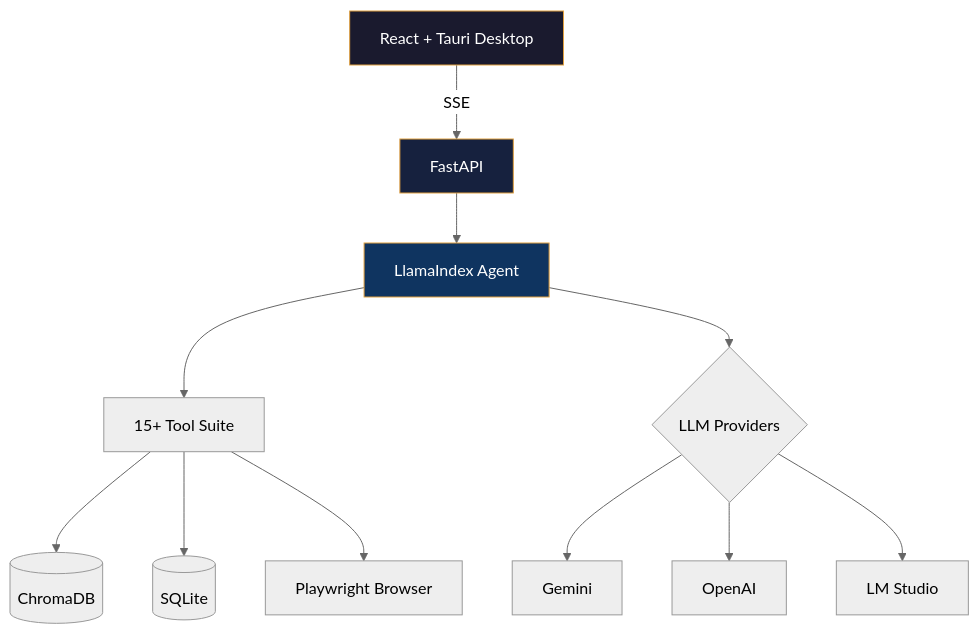
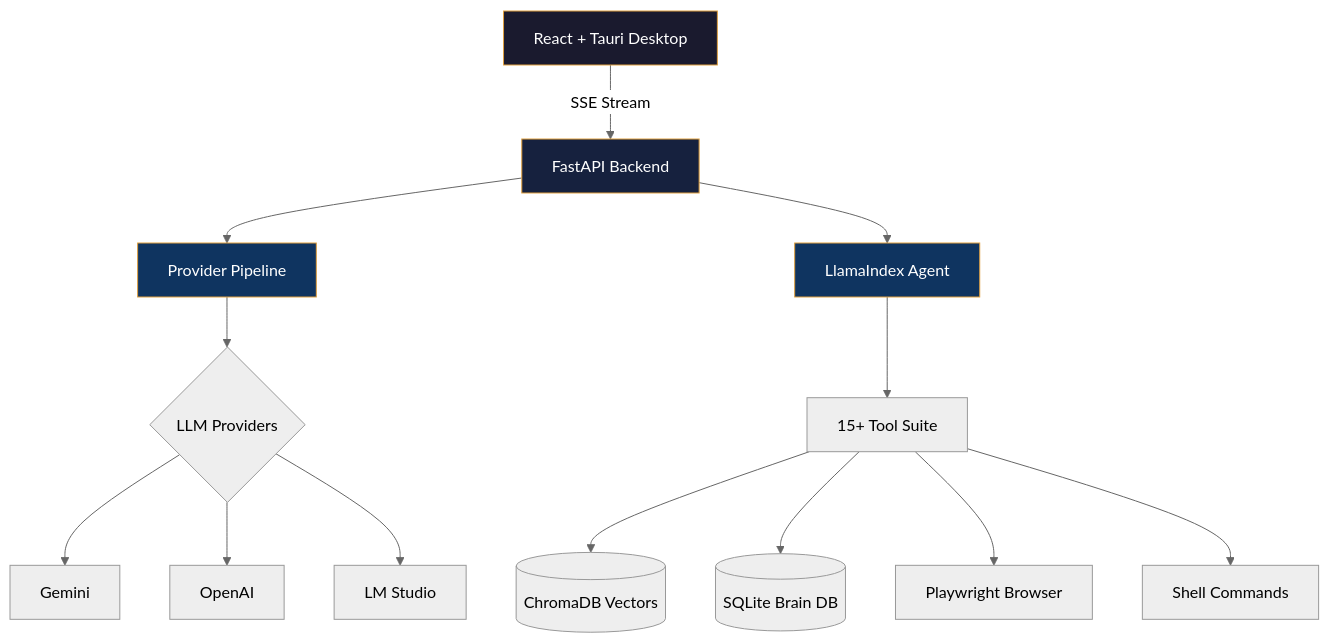
One commit to aqibmehedi007/aqibmehedi007 changed the diagram in README.md. Above: the diagram before and after it, drawn with Mermaid (neutral theme). The commit also changed other lines of this file, not shown here.

````diff
--- a/README.md
+++ b/README.md
@@ -112,17 +192,20 @@
 ```mermaid
 graph TB
-    A[React + Tauri Desktop] -->|SSE| B[FastAPI]
-    B --> C[LlamaIndex Agent]
-    C --> D[15+ Tool Suite]
-    D --> E[(ChromaDB)]
-    D --> F[(SQLite)]
-    D --> G[Playwright Browser]
-    C --> H{LLM Providers}
-    H --> I[Gemini]
-    H --> J[OpenAI]
-    H --> K[LM Studio]
+    A[React + Tauri Desktop] -->|SSE Stream| B[FastAPI Backend]
+    B --> C[Provider Pipeline]
+    C --> D{LLM Providers}
+    D --> E[Gemini]
+    D --> F[OpenAI]
+    D --> G[LM Studio]
+    B --> H[LlamaIndex Agent]
+    H --> I[15+ Tool Suite]
+    I --> J[(ChromaDB Vectors)]
+    I --> K[(SQLite Brain DB)]
+    I --> L[Playwright Browser]
+    I --> M[Shell Commands]
     
     style A fill:#1a1a2e,stroke:#e0a040,color:#fff
     style B fill:#16213e,stroke:#e0a040,color:#fff
     style C fill:#0f3460,stroke:#e0a040,color:#fff
+    style H fill:#0f3460,stroke:#e0a040,color:#fff
 ```
````
